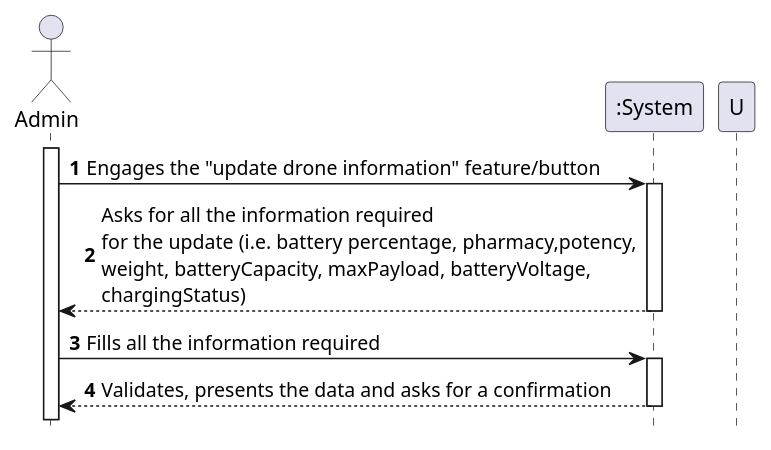
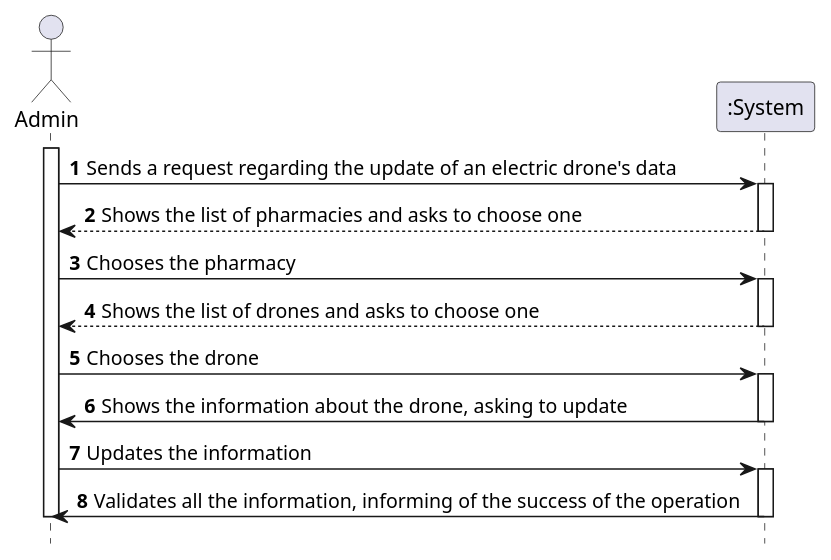
One commit to tiagoavcosta25/LAPR3 changed the diagram in docs/Iteration 3/Drone Management/Refinement/US195_UpdateDrone/US195_SSD.puml. Above: the diagram before and after it, drawn with PlantUML. The commit also changed 16 other files, not shown here.

```diff
--- a/docs/Iteration 3/Drone Management/Refinement/US195_UpdateDrone/US195_SSD.puml
+++ b/docs/Iteration 3/Drone Management/Refinement/US195_UpdateDrone/US195_SSD.puml
@@ -1,26 +1,31 @@
 @startuml
 autonumber
 hide footbox
 
 actor "Admin" as ADMIN
 
 participant ":System" as SYST
 
 activate ADMIN
 
-
-ADMIN -> SYST : Engages the "update drone information" feature/button
+ADMIN -> SYST : Sends a request regarding the update of an electric drone's data
 activate SYST
-SYST --> ADMIN : Asks for all the information required \nfor the update (i.e. battery percentage, pharmacy,potency,\nweight, batteryCapacity, maxPayload, batteryVoltage, \nchargingStatus)
+SYST --> ADMIN : Shows the list of pharmacies and asks to choose one
+deactivate SYST
+ADMIN -> SYST : Chooses the pharmacy
+activate SYST
+SYST --> ADMIN : Shows the list of drones and asks to choose one
+deactivate SYST
+ADMIN -> SYST : Chooses the drone
+activate SYST
+SYST -> ADMIN : Shows the information about the drone, asking to update
 deactivate SYST
 
-ADMIN -> SYST : Fills all the information required
+ADMIN -> SYST : Updates the information
 activate SYST
-
-SYST --> ADMIN : Validates, presents the data and asks for a confirmation
+SYST -> ADMIN : Validates all the information, informing of the success of the operation
 deactivate SYST
 
-
-deactivate U
+deactivate ADMIN
 
 @enduml
```
